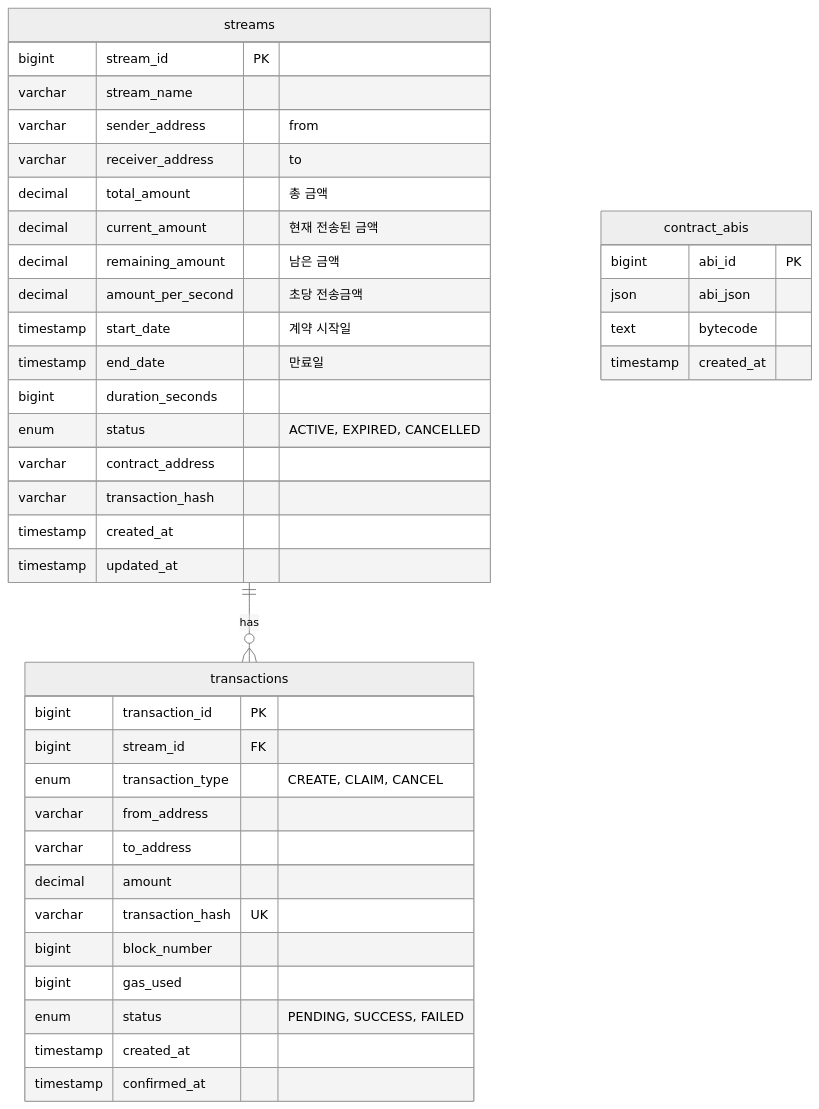
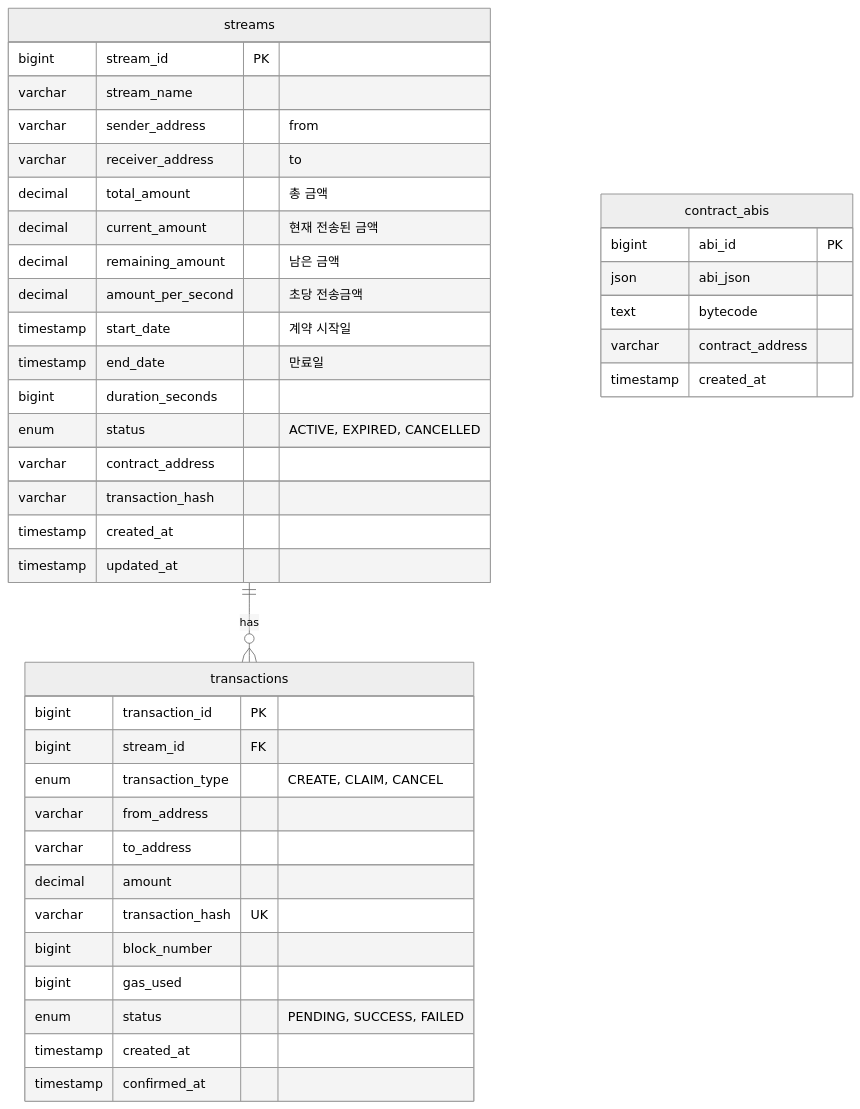
One commit to KaiaTeam/kms-planning changed the diagram in 2025_08_26.md. Above: the diagram before and after it, drawn with Mermaid (neutral theme).

````diff
--- a/2025_08_26.md
+++ b/2025_08_26.md
@@ -57,45 +57,46 @@
 ```mermaid
 erDiagram
     streams ||--o{ transactions : "has"
 
     streams {
         bigint stream_id PK
         varchar stream_name
         varchar sender_address "from"
         varchar receiver_address "to"
         decimal total_amount "총 금액"
         decimal current_amount "현재 전송된 금액"
         decimal remaining_amount "남은 금액"
         decimal amount_per_second "초당 전송금액"
         timestamp start_date "계약 시작일"
         timestamp end_date "만료일"
         bigint duration_seconds
         enum status "ACTIVE, EXPIRED, CANCELLED"
         varchar contract_address
         varchar transaction_hash
         timestamp created_at
         timestamp updated_at
     }
 
     transactions {
         bigint transaction_id PK
         bigint stream_id FK
         enum transaction_type "CREATE, CLAIM, CANCEL"
         varchar from_address
         varchar to_address
         decimal amount
         varchar transaction_hash UK
         bigint block_number
         bigint gas_used
         enum status "PENDING, SUCCESS, FAILED"
         timestamp created_at
         timestamp confirmed_at
     }
 
     contract_abis {
         bigint abi_id PK
         json abi_json
         text bytecode
+        varchar contract_address
         timestamp created_at
     }
 ```
````
